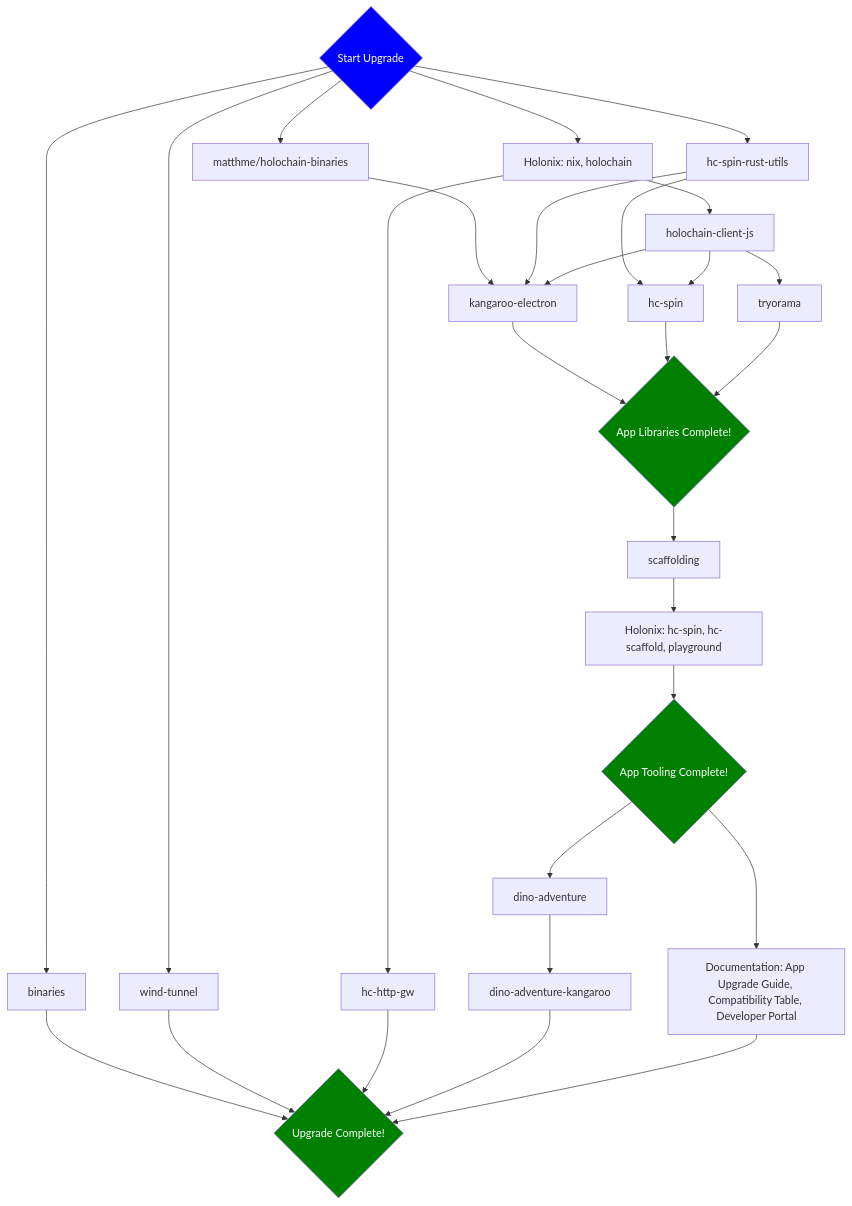
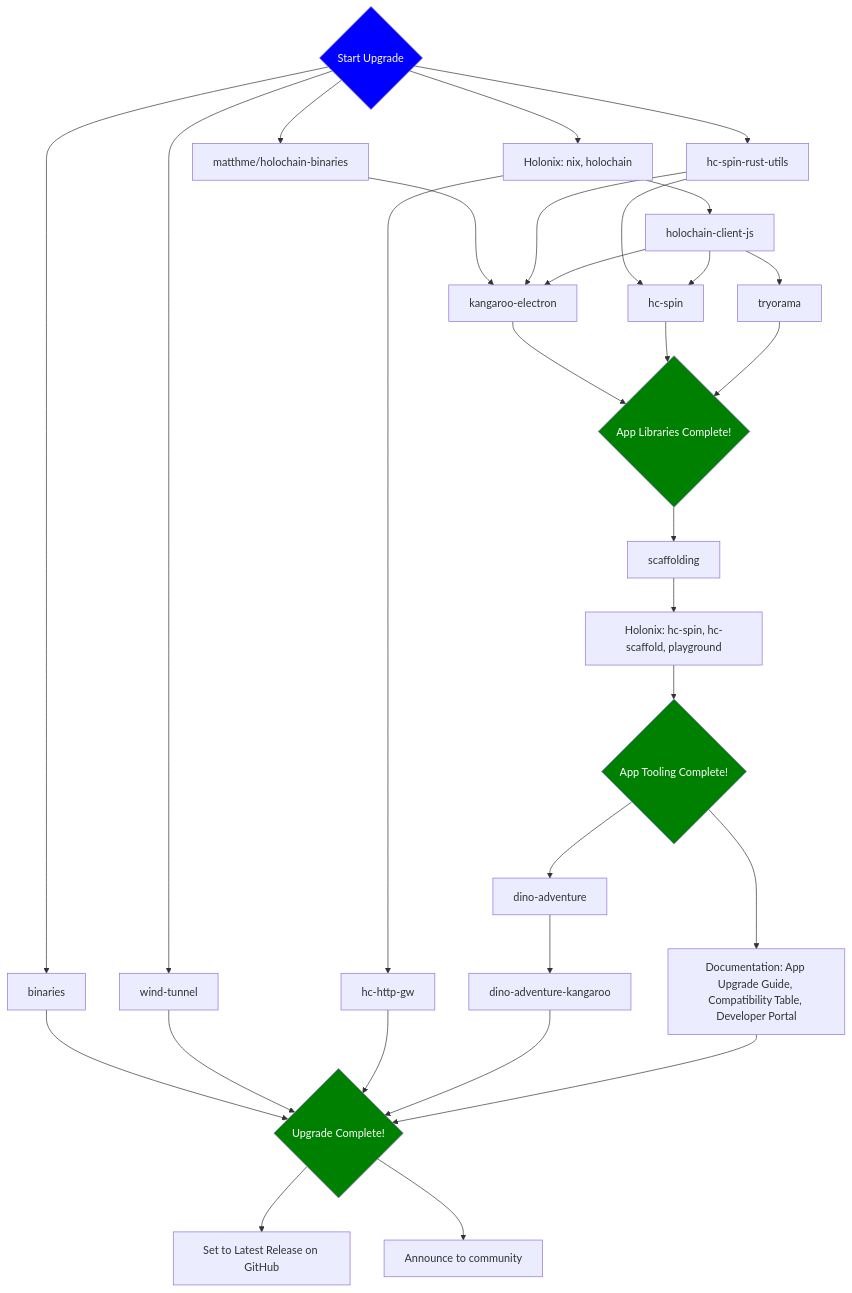
Before and after one commit to holochain/holochain: the diagram in .github/ISSUE_TEMPLATE/release_checklist.md, drawn with Mermaid. The commit also changed other lines of this file, not shown here.

Commit message:
docs: final steps to set release to 'latest' on github and annouce to community

````diff
--- a/.github/ISSUE_TEMPLATE/release_checklist.md
+++ b/.github/ISSUE_TEMPLATE/release_checklist.md
@@ -10,76 +10,79 @@
 ```mermaid
 flowchart TB
     %% Start flow
     Start{Start Upgrade}
 
     Start --> Binaries[binaries]
     Start --> WindTunnel[wind-tunnel]
     Start --> MatthmeBinaries[matthme/holochain-binaries]
     Start --> Holonix1[Holonix: nix, holochain]
     Start --> HcSpinRustUtils[hc-spin-rust-utils]
 
     %% binaries
     Binaries --> Complete
 
     %% wind-tunnel
     WindTunnel --> Complete
 
     %% matthme binaries
     MatthmeBinaries ---> Kangaroo[kangaroo-electron]
 
     %% hc-spin-rust-utils
     HcSpinRustUtils --> Kangaroo
     HcSpinRustUtils ---> HcSpin
 
     %% kangaroo
     Kangaroo --> AppLibsComplete
 
     %% holonix
     Holonix1 --> JSClient[holochain-client-js]
     Holonix1 --> HttpGw[hc-http-gw]
 
     %% hc-http-gw
     HttpGw --> Complete
 
     %% holochain-client-js
     JSClient --> Tryorama[tryorama]
     JSClient --> HcSpin[hc-spin]
     JSClient --> Kangaroo
 
     %% hc-spin
     HcSpin --> AppLibsComplete
 
     %% tryorama
     Tryorama --> AppLibsComplete
 
     %% app libraries complete
     AppLibsComplete{App Libraries Complete!}
     AppLibsComplete --> Scaffold[scaffolding]
 
     %% scaffold
     Scaffold --> Holonix2[Holonix: hc-spin, hc-scaffold, playground]
     
     %% holonix (again)
     Holonix2 --> AppToolsComplete{App Tooling Complete!}
 
     %% app tools complete
     AppToolsComplete --> DinoAdventure[dino-adventure]
     AppToolsComplete --> Documentation[Documentation: App Upgrade Guide, Compatibility Table, Developer Portal]
 
     %% dino-adventure
     DinoAdventure --> DinoKangaroo[dino-adventure-kangaroo]
 
     %% dino-adventure-kangaroo
     DinoKangaroo --> Complete
 
     %% documentation
     Documentation --> Complete
 
+    %% complete
     Complete{Upgrade Complete!}
+    Complete --> SetToLatestReleaseGH[Set to Latest Release on GitHub]
+    Complete --> Announce[Announce to community]
 
     %% styling 
     style Start fill:blue,color:white
     style Complete fill:green,color:white
     style AppLibsComplete fill:green,color:white
     style AppToolsComplete fill:green,color:white
 ```
````
